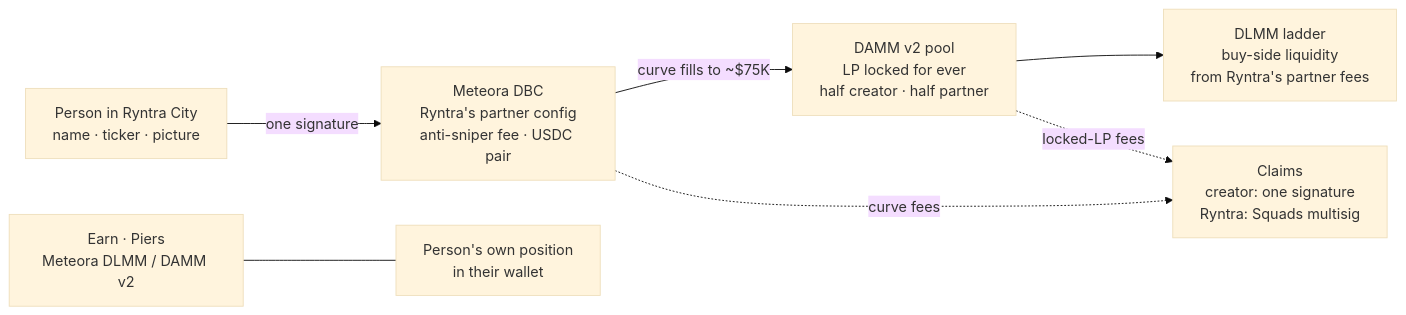
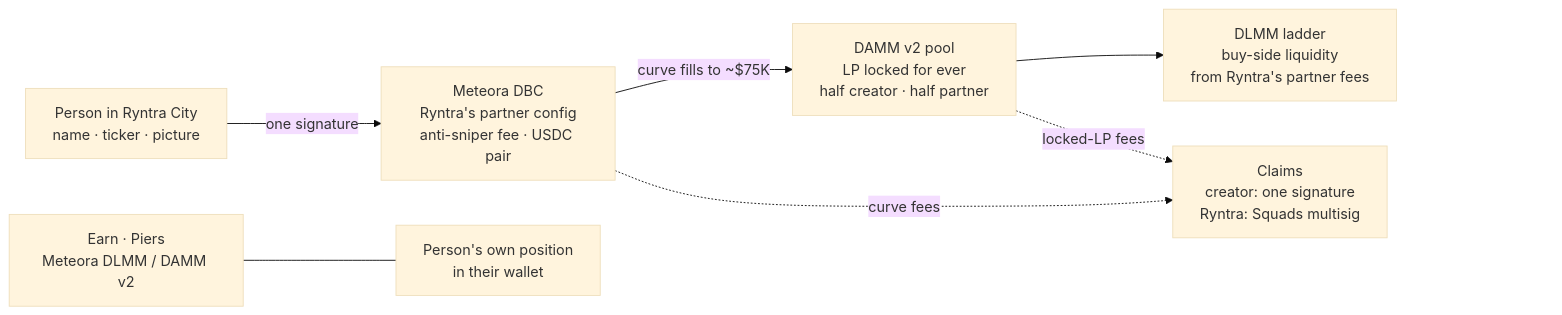
One commit to ryntra-io/ryntra-solana changed the first of 2 diagrams in METEORA.md. Above: the diagram before and after it, drawn with Mermaid (base theme). The commit also changed other lines of this file and 27 other files, not shown here.

````diff
--- a/METEORA.md
+++ b/METEORA.md
@@ -15,9 +15,12 @@
 ```mermaid
 flowchart LR
   A["Person in Ryntra City<br/>name · ticker · picture"] -->|one signature| B["Meteora DBC<br/>Ryntra's partner config<br/>anti-sniper fee · USDC pair"]
   B -->|"curve fills to ~$75K"| C["DAMM v2 pool<br/>LP locked for ever<br/>half creator · half partner"]
   C --> D["DLMM ladder<br/>buy-side liquidity<br/>from Ryntra's partner fees"]
   B -.->|"curve fees"| E["Claims<br/>creator: one signature<br/>Ryntra: Squads multisig"]
   C -.->|"locked-LP fees"| E
   F["Earn · Piers<br/>Meteora DLMM / DAMM v2"] --- G["Person's own position<br/>in their wallet"]
+  %% An empty column: GitHub draws its pan and zoom buttons over a diagram's bottom right corner.
+  E ~~~ Z["#8195;#8195;#8195;#8195;"]
+  style Z fill:none,stroke:none
 ```
````
